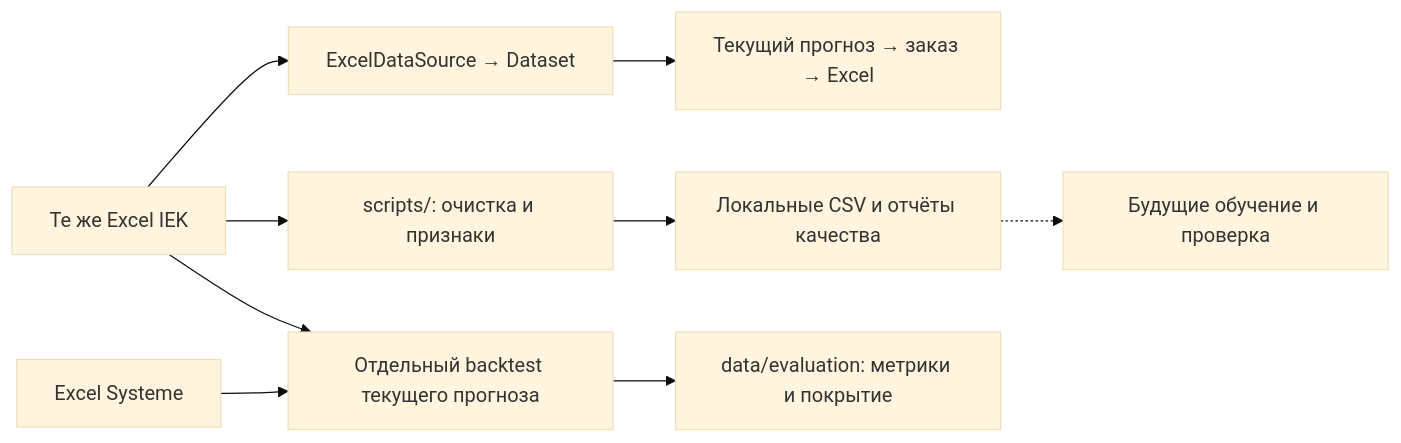
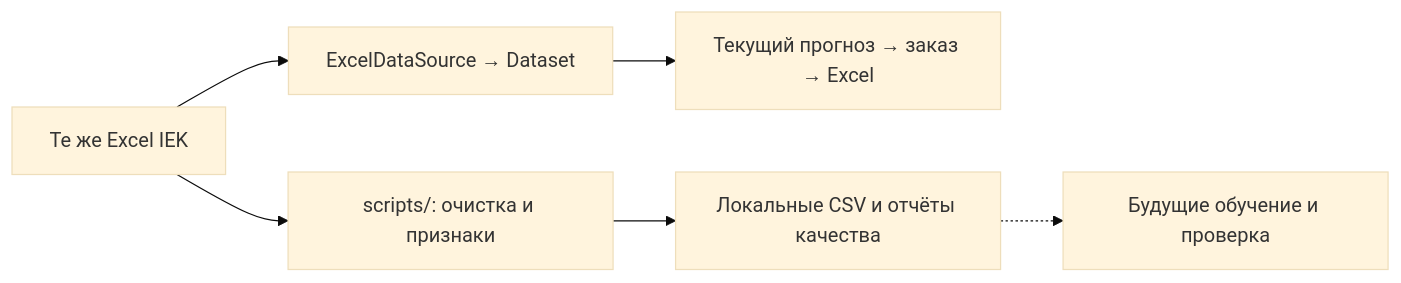
Before and after one commit to BAITC-Hacks/hack-a84ff6d0-hubtech: the diagram in docs/АУДИТ_ВЕТКИ_ALISH.md, drawn with Mermaid (base theme). The commit also changed other lines of this file and 15 other files, not shown here.

````diff
--- a/docs/АУДИТ_ВЕТКИ_ALISH.md
+++ b/docs/АУДИТ_ВЕТКИ_ALISH.md
@@ -75,11 +71,8 @@
 ```mermaid
 flowchart LR
     X["Те же Excel IEK"] --> R["ExcelDataSource → Dataset"]
     R --> O["Текущий прогноз → заказ → Excel"]
     X --> P["scripts/: очистка и признаки"]
     P --> A["Локальные CSV и отчёты качества"]
     A -.-> F["Будущие обучение и проверка"]
-    X --> B["Отдельный backtest текущего прогноза"]
-    S["Excel Systeme"] --> B
-    B --> E["data/evaluation: метрики и покрытие"]
 ```
````
